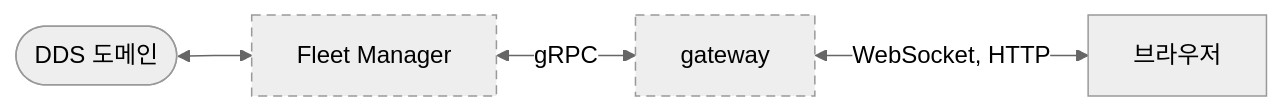
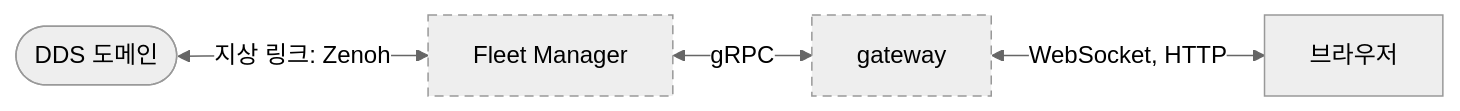
One commit to danielhongwoo/idsim changed the eighth of 9 diagrams in docs/architecture.md. Above: the diagram before and after it, drawn with Mermaid (neutral theme). The commit also changed other lines of this file and 2 other files, not shown here.

````diff
--- a/docs/architecture.md
+++ b/docs/architecture.md
@@ -422,14 +432,14 @@
 ```mermaid
 flowchart LR
   DDS4(["DDS 도메인"])
   FM["Fleet Manager"]
   GWP["gateway"]
   WEB4["브라우저"]
 
-  DDS4 <--> FM
+  DDS4 <-->|"지상 링크: Zenoh"| FM
   FM <-->|"gRPC"| GWP
   GWP <-->|"WebSocket, HTTP"| WEB4
 
   classDef later stroke-dasharray: 6 4
   class FM,GWP later
 ```
````
